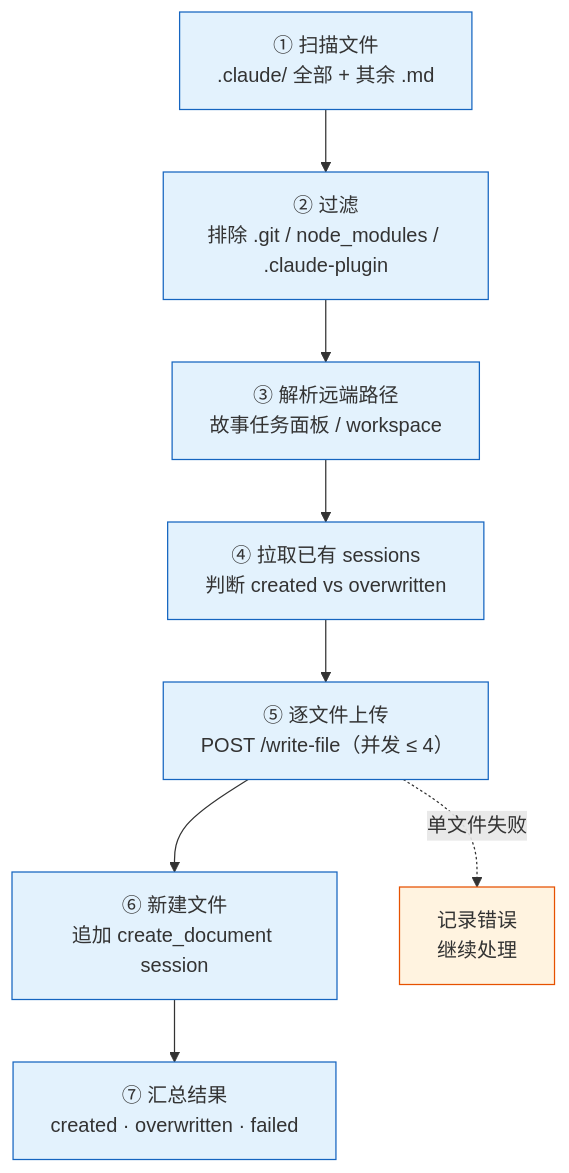
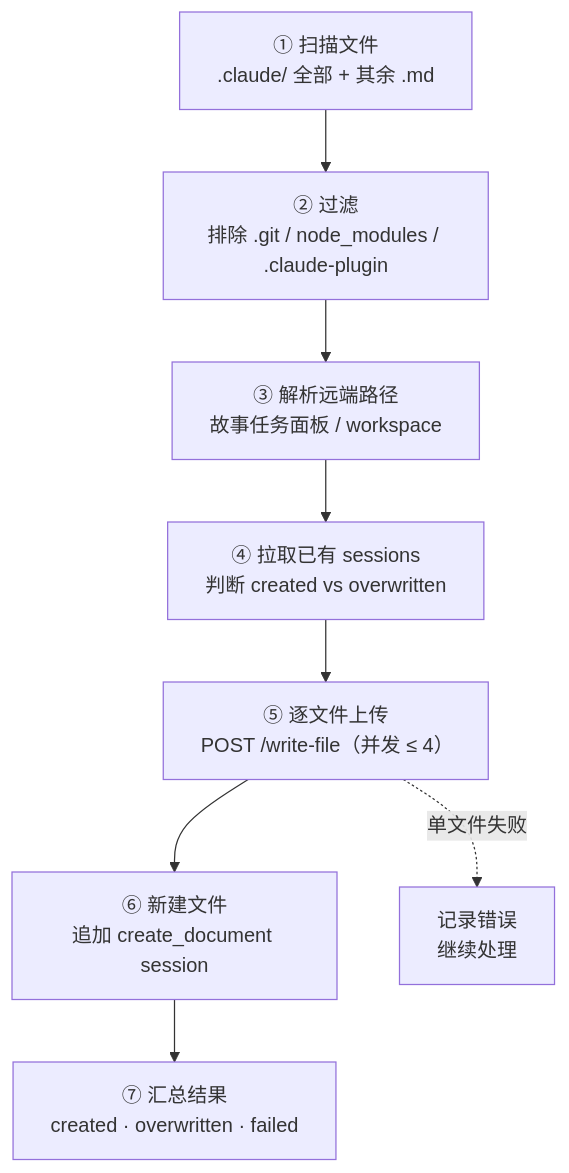
Before and after one commit to effiy/YrY: the first of 8 diagrams in skills/rui-import/SKILL.md, drawn with Mermaid. The commit also changed other lines of this file and 38 other files, not shown here.

````diff
--- a/skills/rui-import/SKILL.md
+++ b/skills/rui-import/SKILL.md
@@ -25,14 +25,11 @@
 ```mermaid
 flowchart TB
     SCAN["① 扫描文件<br/>.claude/ 全部 + 其余 .md"]:::step --> FILTER["② 过滤<br/>排除 .git / node_modules / .claude-plugin"]:::step
     FILTER --> RESOLVE["③ 解析远端路径<br/>故事任务面板 / workspace"]:::step
     RESOLVE --> EXIST["④ 拉取已有 sessions<br/>判断 created vs overwritten"]:::step
     EXIST --> UPLOAD["⑤ 逐文件上传<br/>POST /write-file（并发 ≤ 4）"]:::step
     UPLOAD --> SESSION["⑥ 新建文件<br/>追加 create_document session"]:::step
     SESSION --> REPORT["⑦ 汇总结果<br/>created · overwritten · failed"]:::step
 
     UPLOAD -.->|"单文件失败"| RETRY["记录错误<br/>继续处理"]:::warn
-
-    classDef step fill:#e3f2fd,stroke:#1565c0;
-    classDef warn fill:#fff3e0,stroke:#e65100;
 ```
````
